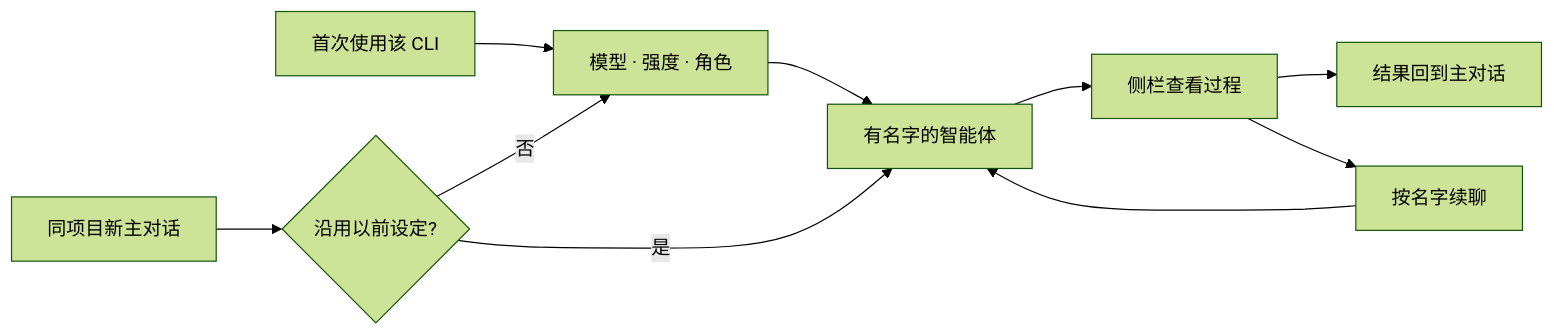
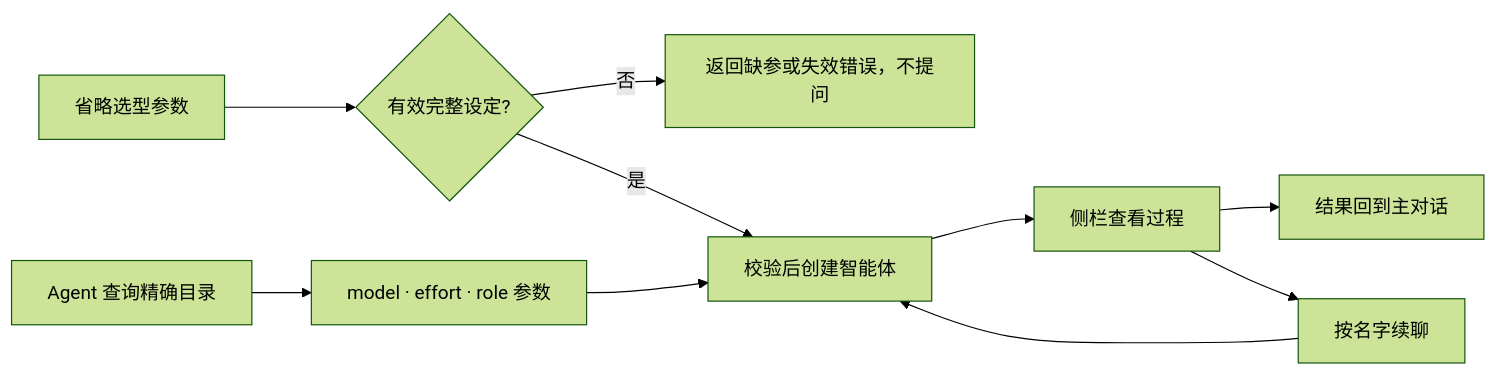
Before and after one commit to TMYTiMidlY/dsh-cliworker-now: the diagram in README.md, drawn with Mermaid (forest theme). The commit also changed other lines of this file and 197 other files, not shown here.

````diff
--- a/README.md
+++ b/README.md
@@ -131,12 +139,12 @@
 ```mermaid
 flowchart LR
-    A[首次使用该 CLI] --> B[模型 · 强度 · 角色]
-    N[同项目新主对话] --> Q{沿用以前设定?}
-    Q -->|否| B
-    Q -->|是| C[有名字的智能体]
+    A[Agent 查询精确目录] --> B[model · effort · role 参数]
+    N[省略选型参数] --> Q{有效完整设定?}
+    Q -->|否| R[返回缺参或失效错误，不提问]
+    Q -->|是| C[校验后创建智能体]
     B --> C
     C --> D[侧栏查看过程]
     D --> E[结果回到主对话]
     D --> F[按名字续聊]
     F --> C
 ```
````
